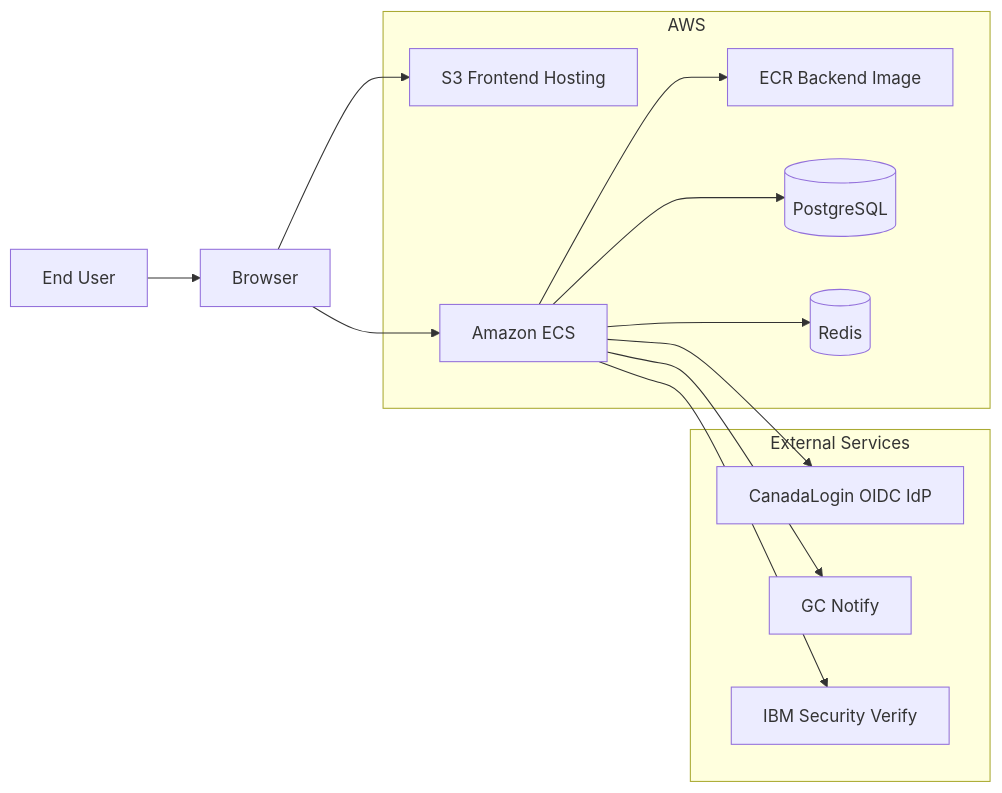
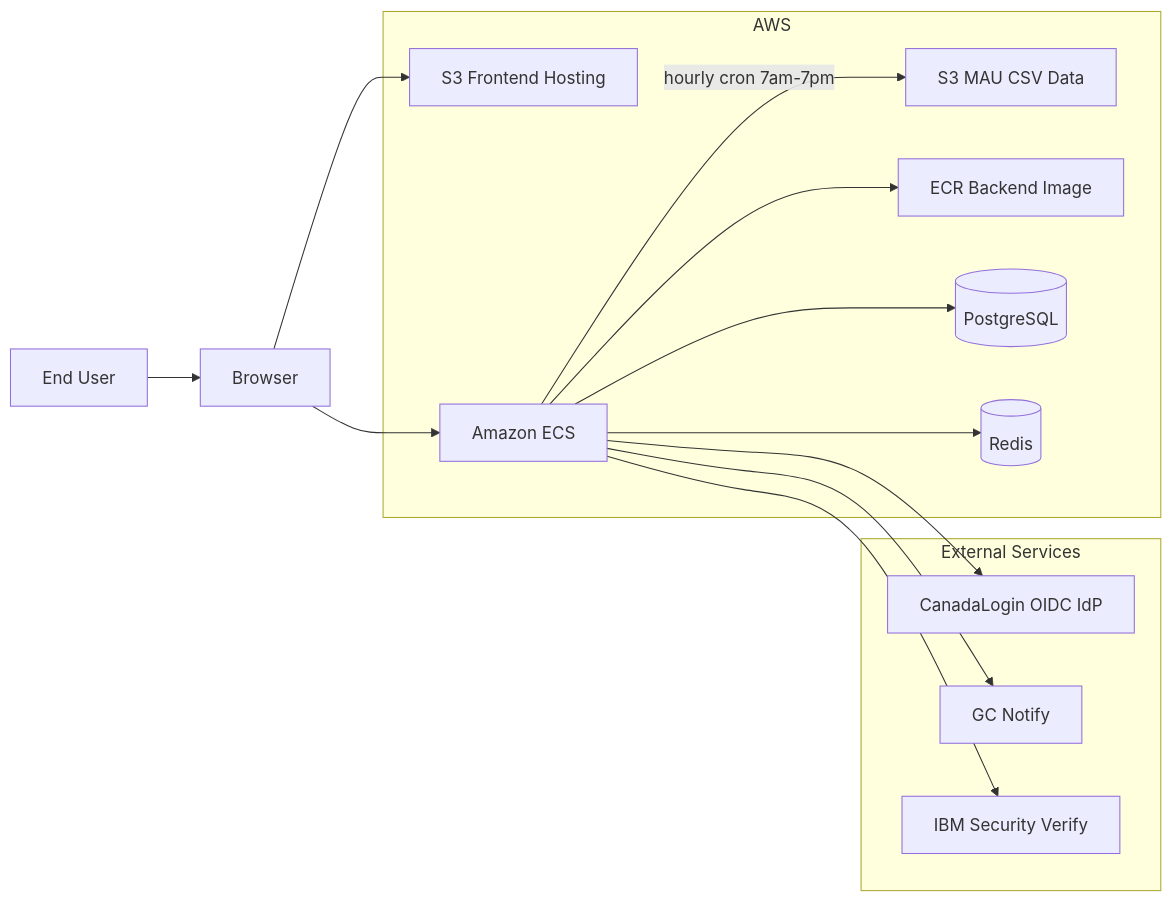
Before and after one commit to cds-snc/canadalogin-partner-portal: the diagram in docs/plans/partner-portal-system-architecture.md, drawn with Mermaid. The commit also changed other lines of this file and 24 other files, not shown here.

````diff
--- a/docs/plans/partner-portal-system-architecture.md
+++ b/docs/plans/partner-portal-system-architecture.md
@@ -23,29 +23,31 @@
 ```mermaid
 flowchart LR
     User[End User]
     Browser[Browser]
 
     subgraph AWS[AWS]
-        S3[S3 Frontend Hosting]
+        S3_FE[S3 Frontend Hosting]
+        S3_MAU[S3 MAU CSV Data]
         ECR[ECR Backend Image]
         Compute[Amazon ECS]
         PG[(PostgreSQL)]
         Redis[(Redis)]
     end
 
     subgraph External[External Services]
         OIDC[CanadaLogin OIDC IdP]
         Notify[GC Notify]
         IBM[IBM Security Verify]
     end
 
     User --> Browser
-    Browser --> S3
+    Browser --> S3_FE
     Browser --> Compute
     Compute --> ECR
     Compute --> PG
     Compute --> Redis
     Compute --> OIDC
     Compute --> Notify
     Compute --> IBM
+    Compute -->|"hourly cron 7am-7pm"| S3_MAU
 ```
````
